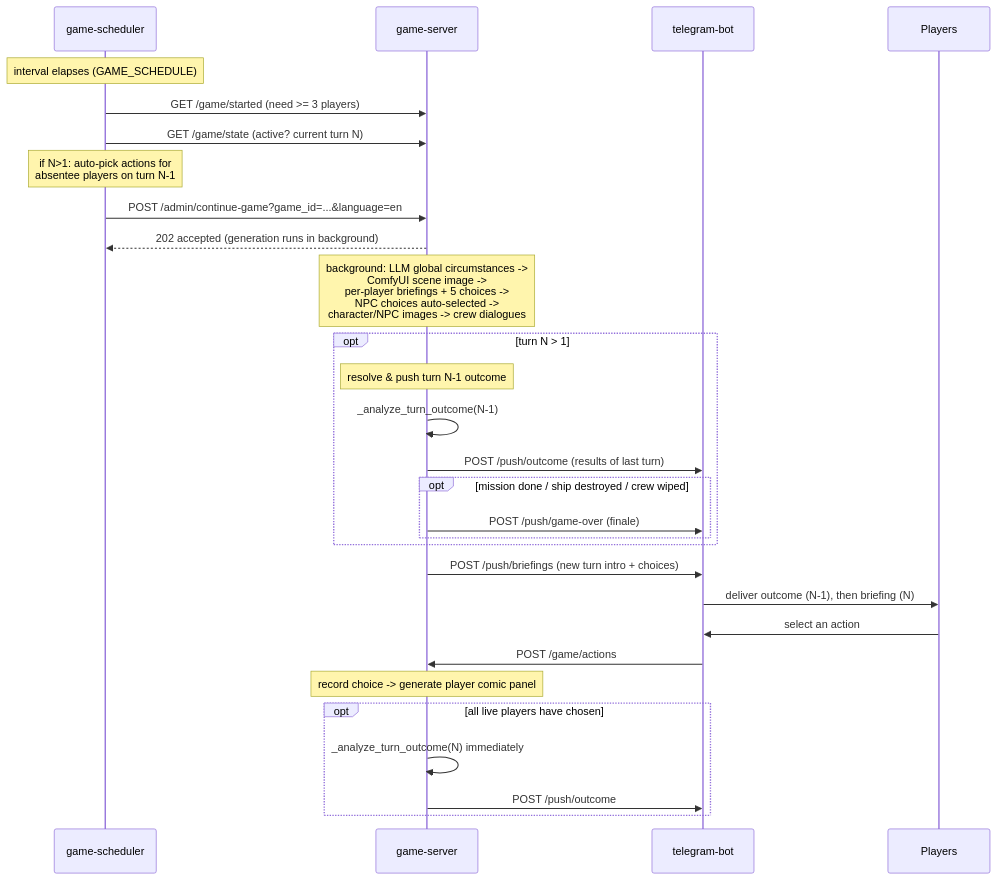
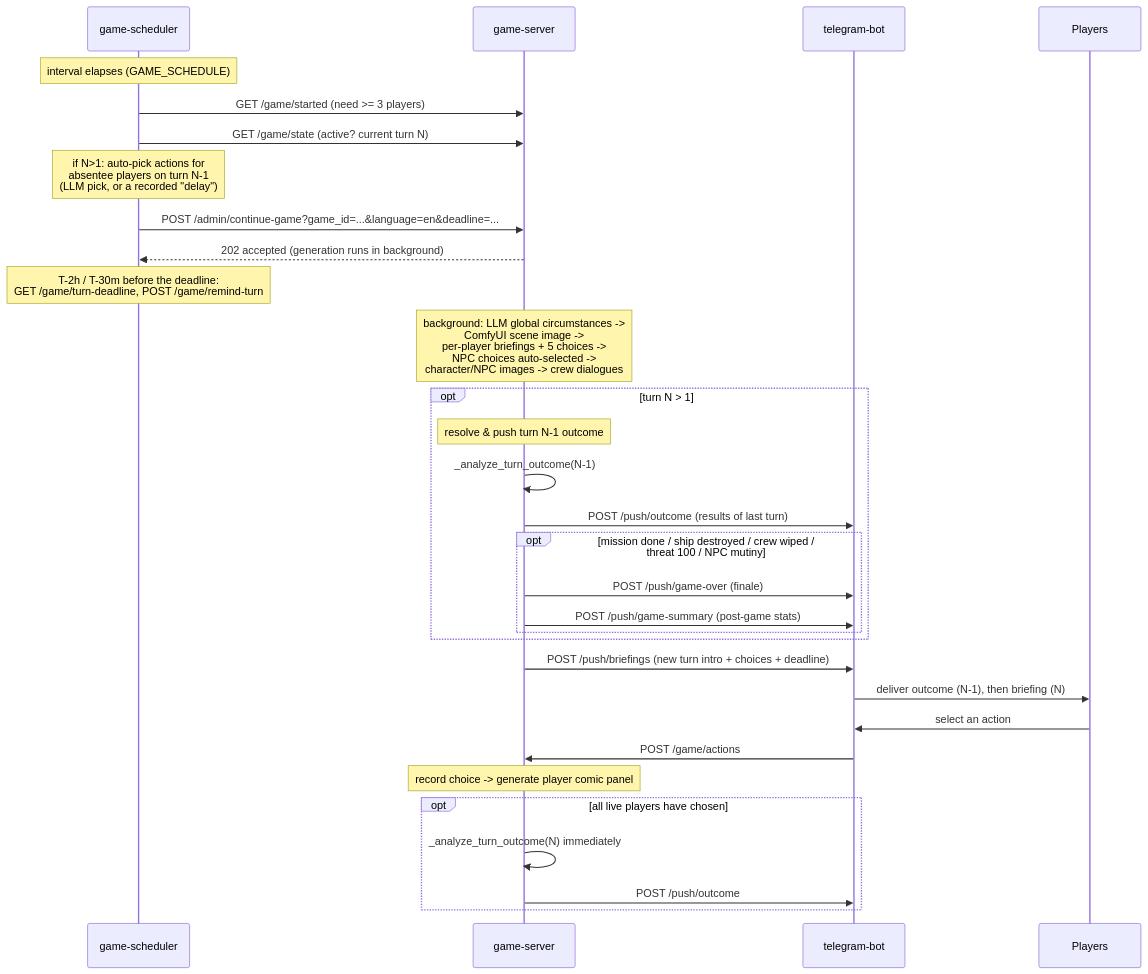
Before and after one commit to Slach/ai-games: the second of 2 diagrams in README.md, drawn with Mermaid. The commit also changed other lines of this file and 36 other files, not shown here.

First line of the commit message:
feat(game): add doom clock, persistent ship state, and outcome matrix

````diff
--- a/README.md
+++ b/README.md
@@ -159,36 +172,39 @@
 ```mermaid
 sequenceDiagram
     participant S as game-scheduler
     participant GS as game-server
     participant TB as telegram-bot
     participant P as Players
 
     Note over S: interval elapses (GAME_SCHEDULE)
     S->>GS: GET /game/started   (need >= 3 players)
     S->>GS: GET /game/state     (active? current turn N)
-    Note over S: if N>1: auto-pick actions for<br/>absentee players on turn N-1
-    S->>GS: POST /admin/continue-game?game_id=...&language=en
+    Note over S: if N>1: auto-pick actions for<br/>absentee players on turn N-1<br/>(LLM pick, or a recorded "delay")
+    S->>GS: POST /admin/continue-game?game_id=...&language=en&deadline=...
     GS-->>S: 202 accepted (generation runs in background)
+
+    Note over S: T-2h / T-30m before the deadline:<br/>GET /game/turn-deadline, POST /game/remind-turn
 
     Note over GS: background: LLM global circumstances -><br/>ComfyUI scene image -><br/>per-player briefings + 5 choices -><br/>NPC choices auto-selected -><br/>character/NPC images -> crew dialogues
 
     opt turn N > 1
         Note over GS: resolve & push turn N-1 outcome
         GS->>GS: _analyze_turn_outcome(N-1)
         GS->>TB: POST /push/outcome   (results of last turn)
-        opt mission done / ship destroyed / crew wiped
+        opt mission done / ship destroyed / crew wiped /<br/>threat 100 / NPC mutiny
             GS->>TB: POST /push/game-over  (finale)
+            GS->>TB: POST /push/game-summary  (post-game stats)
         end
     end
 
-    GS->>TB: POST /push/briefings  (new turn intro + choices)
+    GS->>TB: POST /push/briefings  (new turn intro + choices + deadline)
     TB->>P: deliver outcome (N-1), then briefing (N)
 
     P->>TB: select an action
     TB->>GS: POST /game/actions
     Note over GS: record choice -> generate player comic panel
     opt all live players have chosen
         GS->>GS: _analyze_turn_outcome(N) immediately
         GS->>TB: POST /push/outcome
     end
 ```
````
